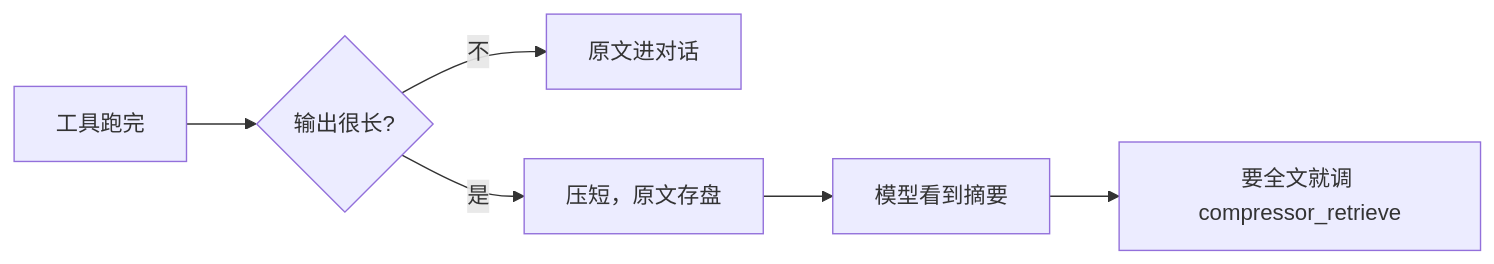
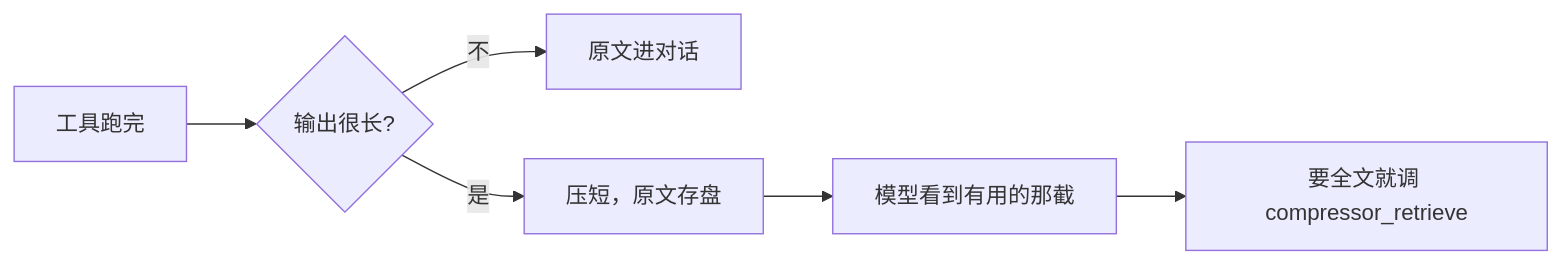
One commit to lifeodyssey/headroom changed the diagram in README.zh-CN.md. Above: the diagram before and after it, drawn with Mermaid. The commit also changed other lines of this file and 3 other files, not shown here.

````diff
--- a/README.zh-CN.md
+++ b/README.zh-CN.md
@@ -33,8 +20,8 @@
 ```mermaid
 flowchart LR
   A[工具跑完] --> B{输出很长?}
   B -->|不| C[原文进对话]
   B -->|是| D[压短，原文存盘]
-  D --> E[模型看到摘要]
+  D --> E[模型看到有用的那截]
   E --> F[要全文就调 compressor_retrieve]
 ```
````
